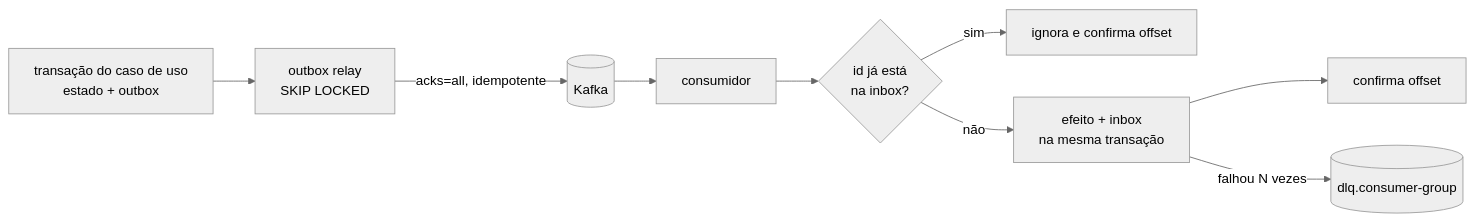
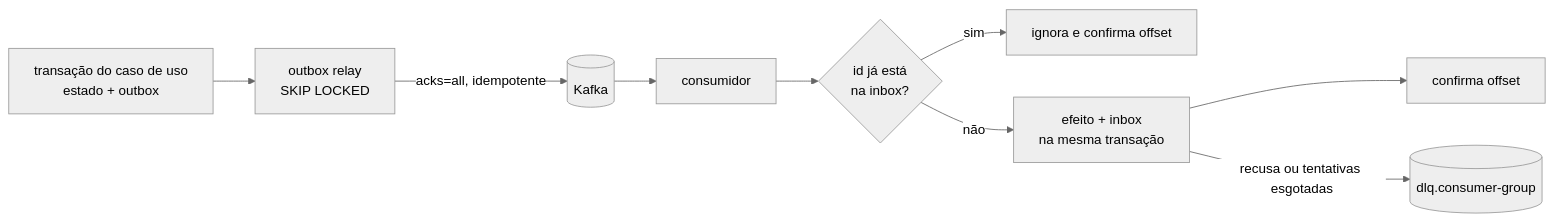
One commit to flaviotinococoutinho/Tucano_vibe_chaos changed the diagram in docs/architecture/events.md. Above: the diagram before and after it, drawn with Mermaid (neutral theme). The commit also changed other lines of this file and 16 other files, not shown here.

````diff
--- a/docs/architecture/events.md
+++ b/docs/architecture/events.md
@@ -77,10 +77,10 @@
 ```mermaid
 flowchart LR
   tx["transação do caso de uso<br/>estado + outbox"] --> relay["outbox relay<br/>SKIP LOCKED"]
   relay -- "acks=all, idempotente" --> kafka[("Kafka")]
   kafka --> consumer["consumidor"]
   consumer --> inbox{"id já está<br/>na inbox?"}
   inbox -- sim --> skip["ignora e confirma offset"]
   inbox -- não --> handle["efeito + inbox<br/>na mesma transação"] --> commit["confirma offset"]
-  handle -- "falhou N vezes" --> dlq[("dlq.consumer-group")]
+  handle -- "recusa ou tentativas esgotadas" --> dlq[("dlq.consumer-group")]
 ```
````
